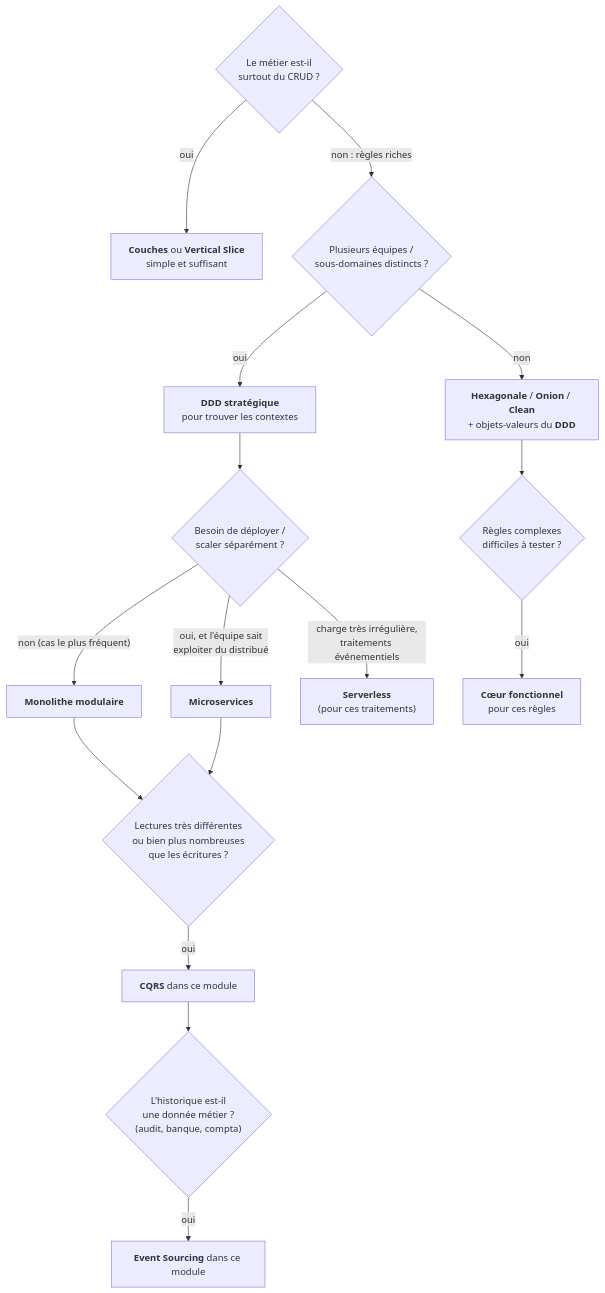
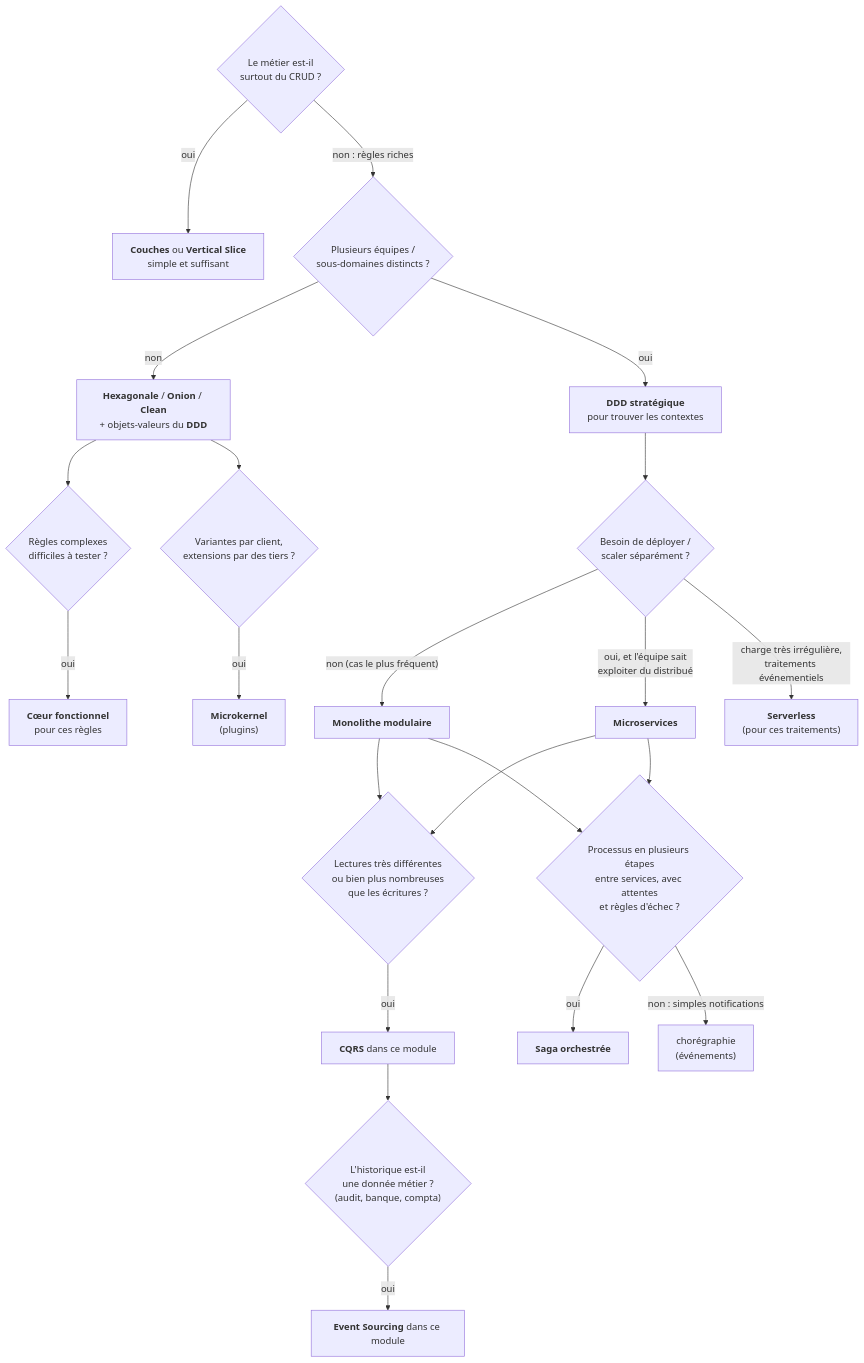
Before and after one commit to drangoht/ArchitecturesDemo: the third of 4 diagrams in Docs/README.md, drawn with Mermaid. The commit also changed other lines of this file and 52 other files, not shown here.

First line of the commit message:
Ajoute les démos Microkernel (plugins) et Saga orchestrée

````diff
--- a/Docs/README.md
+++ b/Docs/README.md
@@ -98,18 +102,24 @@
 ```mermaid
 flowchart TD
     A{"Le métier est-il<br/>surtout du CRUD ?"} -->|oui| B["<b>Couches</b> ou <b>Vertical Slice</b><br/>simple et suffisant"]
     A -->|"non : règles riches"| C{"Plusieurs équipes /<br/>sous-domaines distincts ?"}
     C -->|non| D["<b>Hexagonale</b> / <b>Onion</b> / <b>Clean</b><br/>+ objets-valeurs du <b>DDD</b>"]
     C -->|oui| E["<b>DDD stratégique</b><br/>pour trouver les contextes"]
     E --> F{"Besoin de déployer /<br/>scaler séparément ?"}
     F -->|"non (cas le plus fréquent)"| G["<b>Monolithe modulaire</b>"]
     F -->|"oui, et l'équipe sait<br/>exploiter du distribué"| H["<b>Microservices</b>"]
     F -->|"charge très irrégulière,<br/>traitements événementiels"| S["<b>Serverless</b><br/>(pour ces traitements)"]
     G --> I{"Lectures très différentes<br/>ou bien plus nombreuses<br/>que les écritures ?"}
     H --> I
     I -->|oui| J["<b>CQRS</b> dans ce module"]
     J --> K{"L'historique est-il<br/>une donnée métier ?<br/>(audit, banque, compta)"}
     K -->|oui| L["<b>Event Sourcing</b> dans ce module"]
     D --> M{"Règles complexes<br/>difficiles à tester ?"}
     M -->|oui| N["<b>Cœur fonctionnel</b><br/>pour ces règles"]
+    D --> P{"Variantes par client,<br/>extensions par des tiers ?"}
+    P -->|oui| Q["<b>Microkernel</b><br/>(plugins)"]
+    H --> T{"Processus en plusieurs étapes<br/>entre services, avec attentes<br/>et règles d'échec ?"}
+    G --> T
+    T -->|oui| U["<b>Saga orchestrée</b>"]
+    T -->|"non : simples notifications"| V["chorégraphie<br/>(événements)"]
 ```
````
